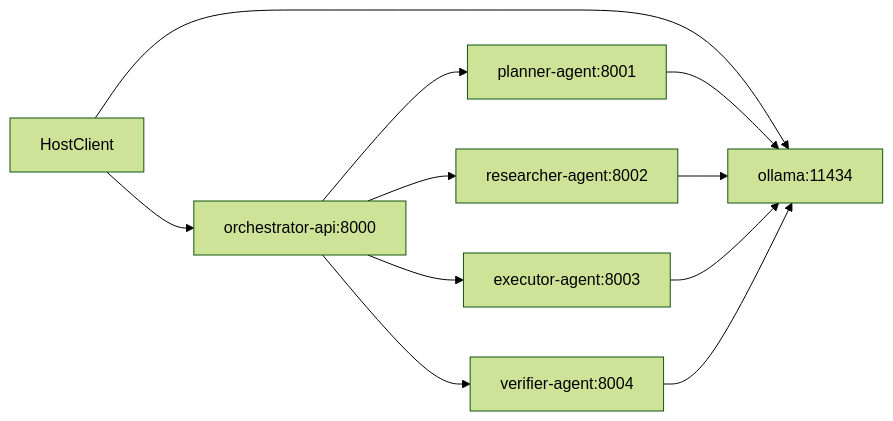
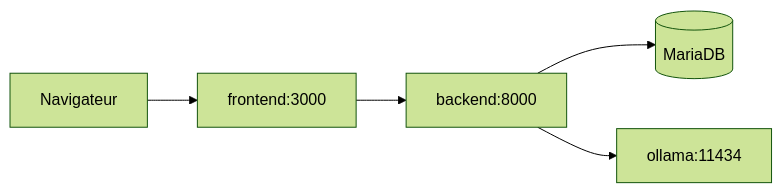
The diagram in docs/docker-stack.md (AdWav/orchestrateur), drawn with Mermaid (forest theme) before and after one commit. The commit also changed other lines of this file and 171 other files, not shown here.

````diff
--- a/docs/docker-stack.md
+++ b/docs/docker-stack.md
@@ -123,13 +61,7 @@
 ```mermaid
 flowchart LR
-    client[HostClient] --> api[orchestrator-api:8000]
-    client --> ollama[ollama:11434]
-    api --> planner[planner-agent:8001]
-    api --> researcher[researcher-agent:8002]
-    api --> executor[executor-agent:8003]
-    api --> verifier[verifier-agent:8004]
-    planner --> ollama
-    researcher --> ollama
-    executor --> ollama
-    verifier --> ollama
+    browser[Navigateur] --> frontend[frontend:3000]
+    frontend --> backend[backend:8000]
+    backend --> db[(MariaDB)]
+    backend --> ollama[ollama:11434]
 ```
````
